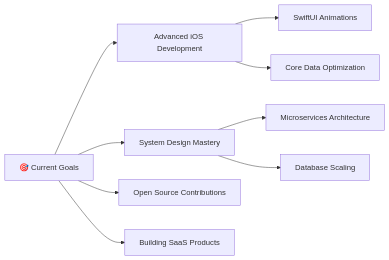
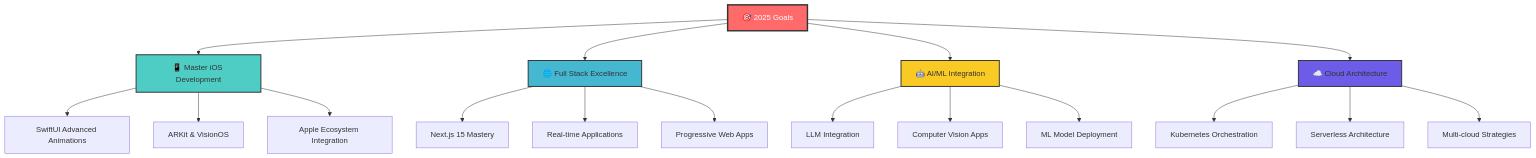
The diagram in README.md (deepakstwt/deepakstwt), drawn with Mermaid before and after one commit. The commit also changed other lines of this file, not shown here.

````diff
--- a/README.md
+++ b/README.md
@@ -153,12 +354,29 @@
 ```mermaid
-graph LR
-    A[🎯 Current Goals] --> B[Advanced iOS Development]
-    A --> C[System Design Mastery]
-    A --> D[Open Source Contributions]
-    A --> E[Building SaaS Products]
+graph TD
+    A[🎯 2025 Goals] --> B[📱 Master iOS Development]
+    A --> C[🌐 Full Stack Excellence]
+    A --> D[🤖 AI/ML Integration]
+    A --> E[☁️ Cloud Architecture]
     
-    B --> F[SwiftUI Animations]
-    B --> G[Core Data Optimization]
-    C --> H[Microservices Architecture]
-    C --> I[Database Scaling]
+    B --> F[SwiftUI Advanced Animations]
+    B --> G[ARKit & VisionOS]
+    B --> H[Apple Ecosystem Integration]
+    
+    C --> I[Next.js 15 Mastery]
+    C --> J[Real-time Applications]
+    C --> K[Progressive Web Apps]
+    
+    D --> L[LLM Integration]
+    D --> M[Computer Vision Apps]
+    D --> N[ML Model Deployment]
+    
+    E --> O[Kubernetes Orchestration]
+    E --> P[Serverless Architecture]
+    E --> Q[Multi-cloud Strategies]
+    
+    style A fill:#ff6b6b,stroke:#333,stroke-width:3px,color:#fff
+    style B fill:#4ecdc4,stroke:#333,stroke-width:2px
+    style C fill:#45b7d1,stroke:#333,stroke-width:2px
+    style D fill:#f9ca24,stroke:#333,stroke-width:2px
+    style E fill:#6c5ce7,stroke:#333,stroke-width:2px
 ```
````
